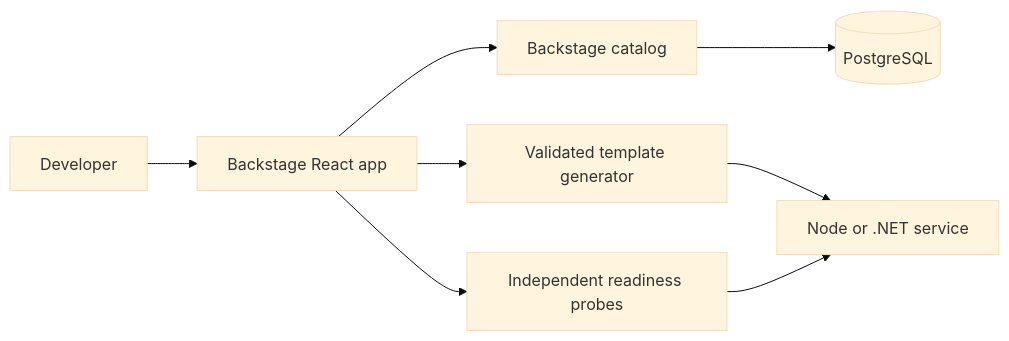
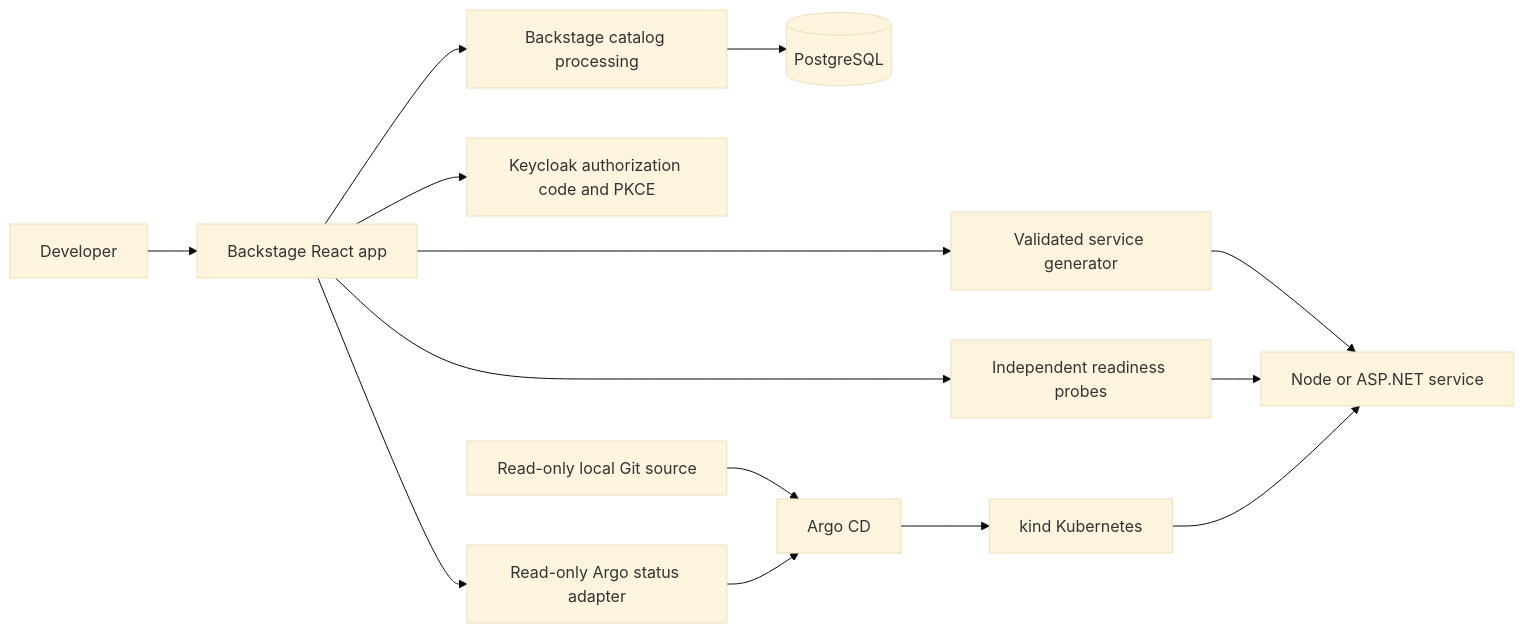
One commit to abhisheksaini333/developer-platform-kit changed the diagram in docs/architecture.md. Above: the diagram before and after it, drawn with Mermaid (base theme). The commit also changed other lines of this file and 1 other file, not shown here.

````diff
--- a/docs/architecture.md
+++ b/docs/architecture.md
@@ -3,10 +3,16 @@
 ```mermaid
 flowchart LR
  Developer --> Portal[Backstage React app]
- Portal --> Catalog[Backstage catalog]
+ Portal --> Catalog[Backstage catalog processing]
  Catalog --> Postgres[(PostgreSQL)]
- Portal --> Templates[Validated template generator]
- Templates --> Service[Node or .NET service]
- Portal --> Status[Independent readiness probes]
- Status --> Service
+ Portal --> Identity[Keycloak authorization code and PKCE]
+ Portal --> Templates[Validated service generator]
+ Templates --> Service[Node or ASP.NET service]
+ Portal --> Probes[Independent readiness probes]
+ Probes --> Service
+ Portal --> Adapter[Read-only Argo status adapter]
+ Git[Read-only local Git source] --> Argo[Argo CD]
+ Argo --> Kubernetes[kind Kubernetes]
+ Kubernetes --> Service
+ Adapter --> Argo
 ```
````
